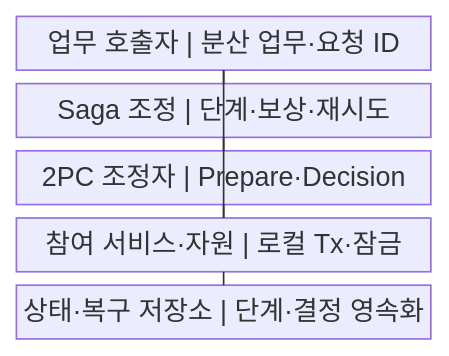
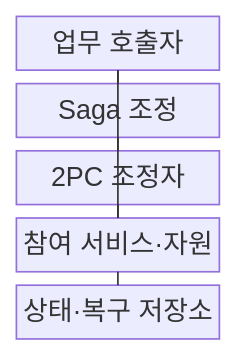
The first of 2 diagrams in src/content/docs/notes/03-software/179_saga_vs_2pc.md (agnusdei1207/knowledge-base), drawn with Mermaid before and after one commit. The commit also changed other lines of this file and 238 other files, not shown here.

````diff
--- a/src/content/docs/notes/03-software/179_saga_vs_2pc.md
+++ b/src/content/docs/notes/03-software/179_saga_vs_2pc.md
@@ -55,14 +55,14 @@
 ```mermaid
-block
+block-beta
     columns 1
-    A["업무 호출자 | 분산 업무·요청 ID"]
-    B["Saga 조정 | 단계·보상·재시도"]
-    C["2PC 조정자 | Prepare·Decision"]
-    D["참여 서비스·자원 | 로컬 Tx·잠금"]
-    E["상태·복구 저장소 | 단계·결정 영속화"]
+    A["업무 호출자"]
+    B["Saga 조정"]
+    C["2PC 조정자"]
+    D["참여 서비스·자원"]
+    E["상태·복구 저장소"]
     A --- B
     A --- C
     B --- D
     C --- D
     D --- E
 ```
````
